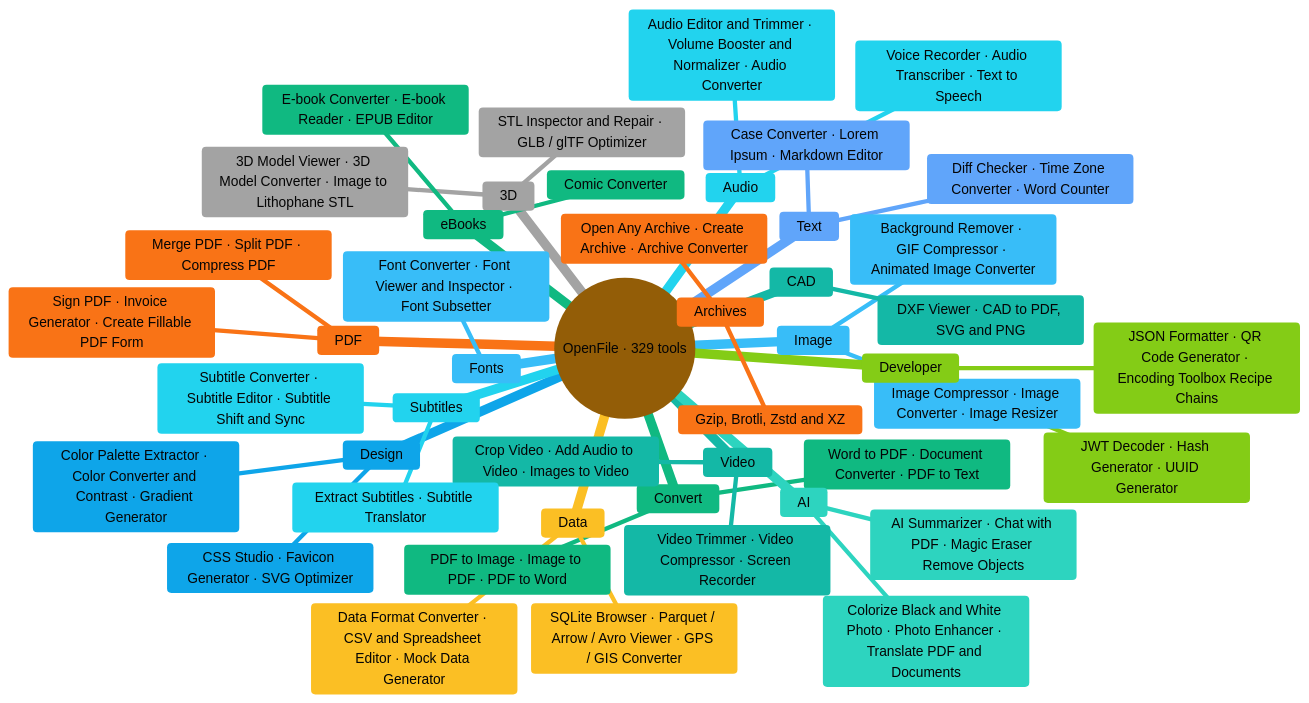
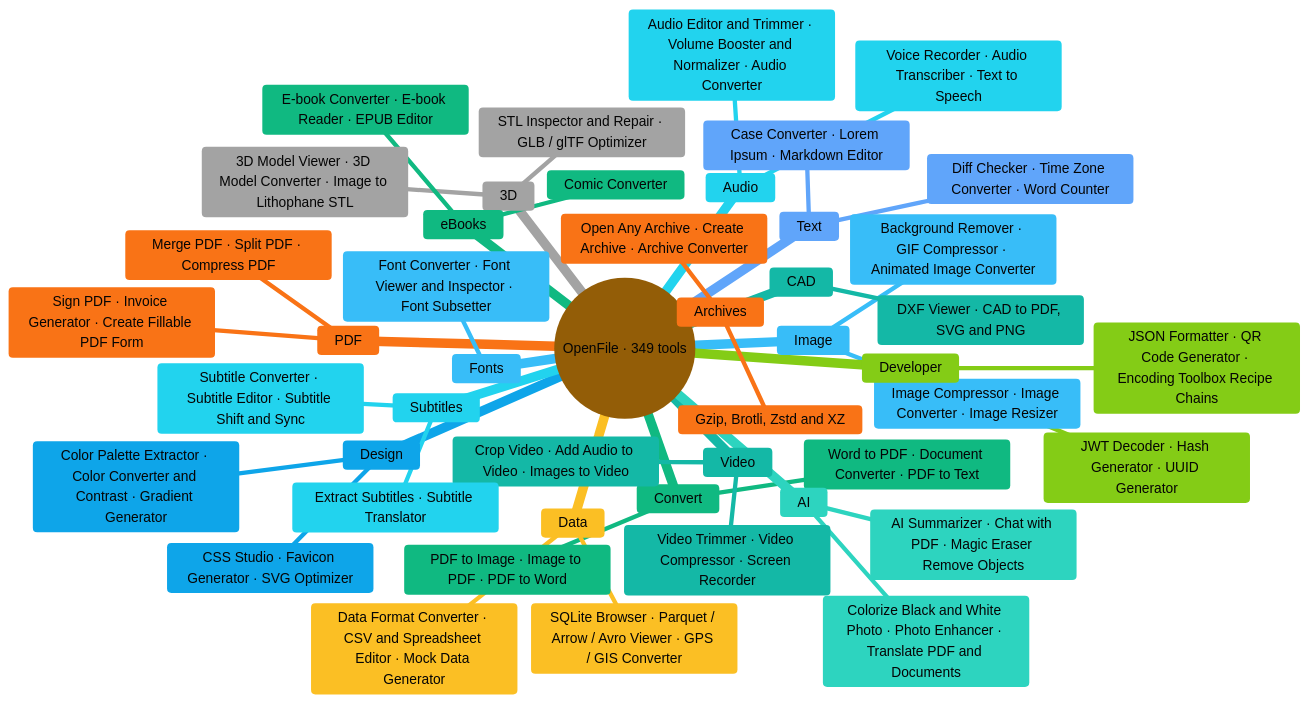
The second of 8 diagrams in README.md (aniruddhaadak80/OpenFile), drawn with Mermaid before and after one commit. The commit also changed other lines of this file and 37 other files, not shown here.

````diff
--- a/README.md
+++ b/README.md
@@ -805,51 +825,51 @@
 ```mermaid
 %%{init: {'theme':'base','themeVariables':{'primaryColor':'#F5A524','primaryTextColor':'#050505','primaryBorderColor':'#FFB224','lineColor':'#F5A524','fontFamily':'system-ui, sans-serif','cScale0':'#F5A524','cScaleLabel0':'#050505','cScaleInv0':'#050505','cScale1':'#F97316','cScaleLabel1':'#050505','cScaleInv1':'#050505','cScale2':'#10B981','cScaleLabel2':'#050505','cScaleInv2':'#050505','cScale3':'#38BDF8','cScaleLabel3':'#050505','cScaleInv3':'#050505','cScale4':'#14B8A6','cScaleLabel4':'#050505','cScaleInv4':'#050505','cScale5':'#22D3EE','cScaleLabel5':'#050505','cScaleInv5':'#050505','cScale6':'#84CC16','cScaleLabel6':'#050505','cScaleInv6':'#050505','cScale7':'#60A5FA','cScaleLabel7':'#050505','cScaleInv7':'#050505','cScale8':'#0EA5E9','cScaleLabel8':'#050505','cScaleInv8':'#050505','cScale9':'#FBBF24','cScaleLabel9':'#050505','cScaleInv9':'#050505','cScale10':'#2DD4BF','cScaleLabel10':'#050505','cScaleInv10':'#050505','cScale11':'#A3A3A3','cScaleLabel11':'#050505','cScaleInv11':'#050505'}}}%%
 mindmap
-  root(("OpenFile · 329 tools"))
+  root(("OpenFile · 349 tools"))
     PDF
       Merge PDF · Split PDF · Compress PDF
       Sign PDF · Invoice Generator · Create Fillable PDF Form
     Convert
       PDF to Image · Image to PDF · PDF to Word
       Word to PDF · Document Converter · PDF to Text
     Image
       Image Compressor · Image Converter · Image Resizer
       Background Remover · GIF Compressor · Animated Image Converter
     Video
       Video Trimmer · Video Compressor · Screen Recorder
       Crop Video · Add Audio to Video · Images to Video
     Audio
       Audio Editor and Trimmer · Volume Booster and Normalizer · Audio Converter
       Voice Recorder · Audio Transcriber · Text to Speech
     Developer
       JSON Formatter · QR Code Generator · Encoding Toolbox Recipe Chains
       JWT Decoder · Hash Generator · UUID Generator
     Text
       Diff Checker · Time Zone Converter · Word Counter
       Case Converter · Lorem Ipsum · Markdown Editor
     Design
       Color Palette Extractor · Color Converter and Contrast · Gradient Generator
       CSS Studio · Favicon Generator · SVG Optimizer
     Data
       Data Format Converter · CSV and Spreadsheet Editor · Mock Data Generator
       SQLite Browser · Parquet / Arrow / Avro Viewer · GPS / GIS Converter
     AI
       AI Summarizer · Chat with PDF · Magic Eraser Remove Objects
       Colorize Black and White Photo · Photo Enhancer · Translate PDF and Documents
     3D
       3D Model Viewer · 3D Model Converter · Image to Lithophane STL
       STL Inspector and Repair · GLB / glTF Optimizer
     Archives
       Open Any Archive · Create Archive · Archive Converter
       Gzip, Brotli, Zstd and XZ
     eBooks
       E-book Converter · E-book Reader · EPUB Editor
       Comic Converter
     Fonts
       Font Converter · Font Viewer and Inspector · Font Subsetter
     CAD
       DXF Viewer · CAD to PDF, SVG and PNG
     Subtitles
       Subtitle Converter · Subtitle Editor · Subtitle Shift and Sync
       Extract Subtitles · Subtitle Translator
 ```
````
